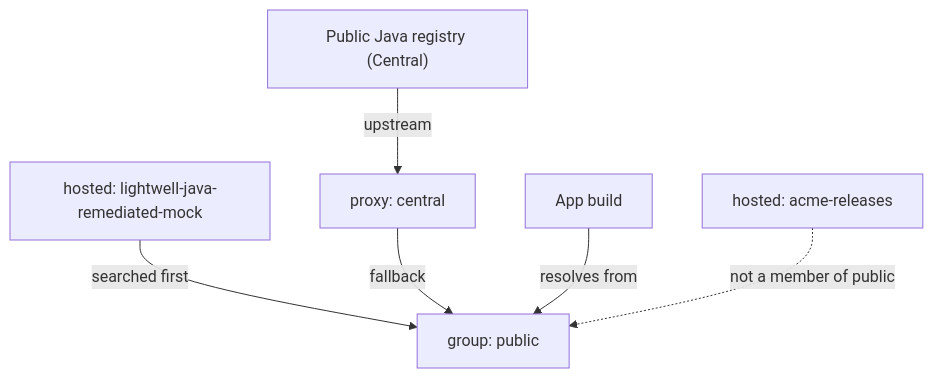
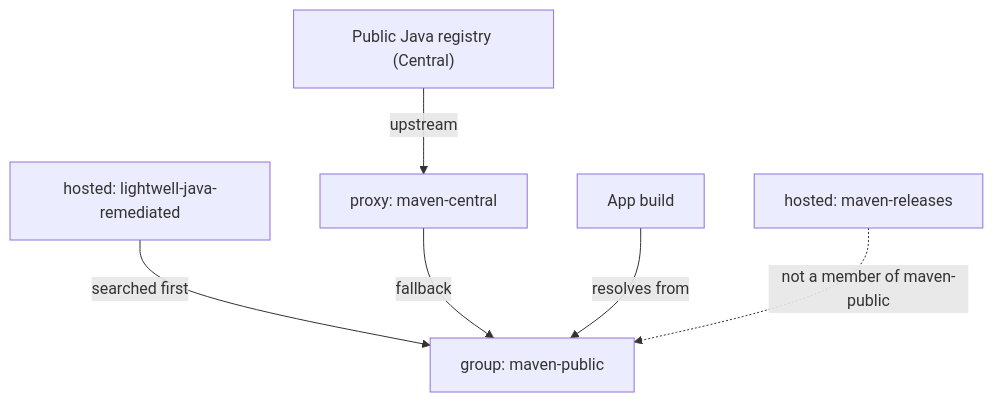
Before and after one commit to ansible-tmm/lightwell_app: the first of 3 diagrams in README.md, drawn with Mermaid. The commit also changed other lines of this file and 13 other files, not shown here.

````diff
--- a/README.md
+++ b/README.md
@@ -30,8 +30,8 @@
 ```mermaid
 flowchart TB
-  Central["Public Java registry (Central)"] -->|"upstream"| Proxy["proxy: central"]
-  Mock["hosted: lightwell-java-remediated-mock"] -->|"searched first"| Group["group: public"]
+  Central["Public Java registry (Central)"] -->|"upstream"| Proxy["proxy: maven-central"]
+  Mock["hosted: lightwell-java-remediated"] -->|"searched first"| Group["group: maven-public"]
   Proxy -->|"fallback"| Group
   Build["App build"] -->|"resolves from"| Group
-  AppRepo["hosted: acme-releases"] -.->|"not a member of public"| Group
+  AppRepo["hosted: maven-releases"] -.->|"not a member of maven-public"| Group
 ```
````
